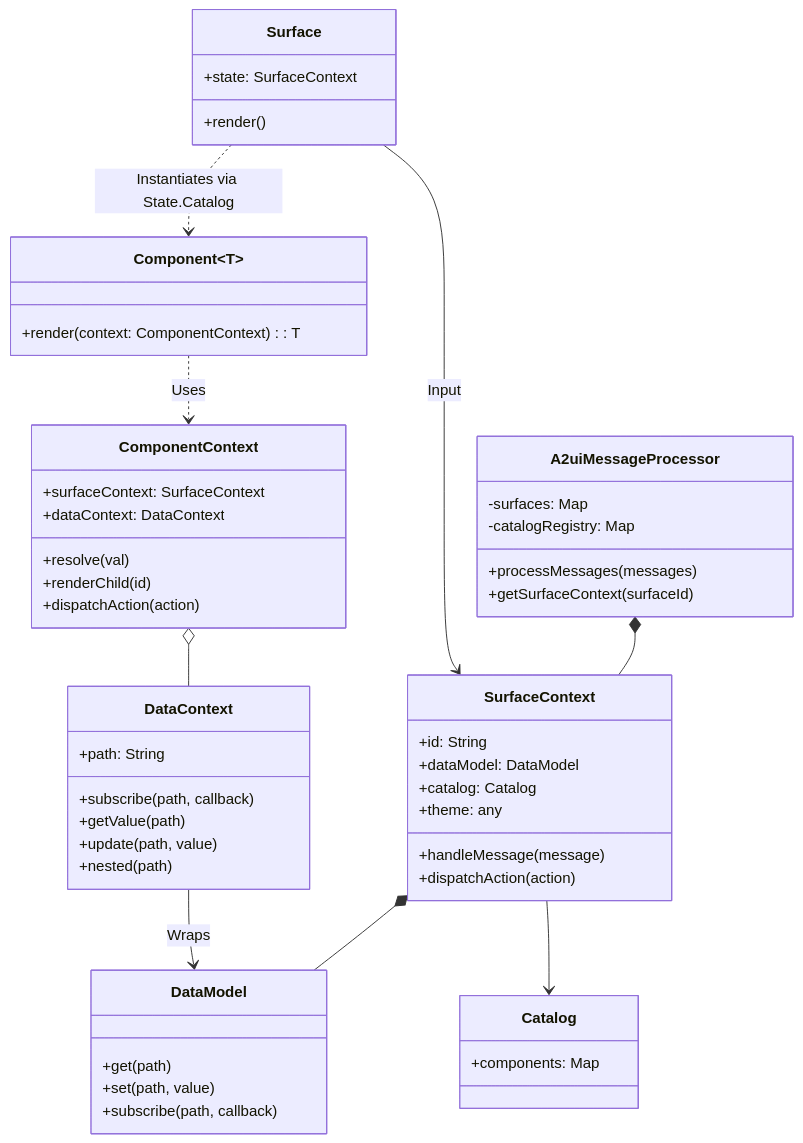
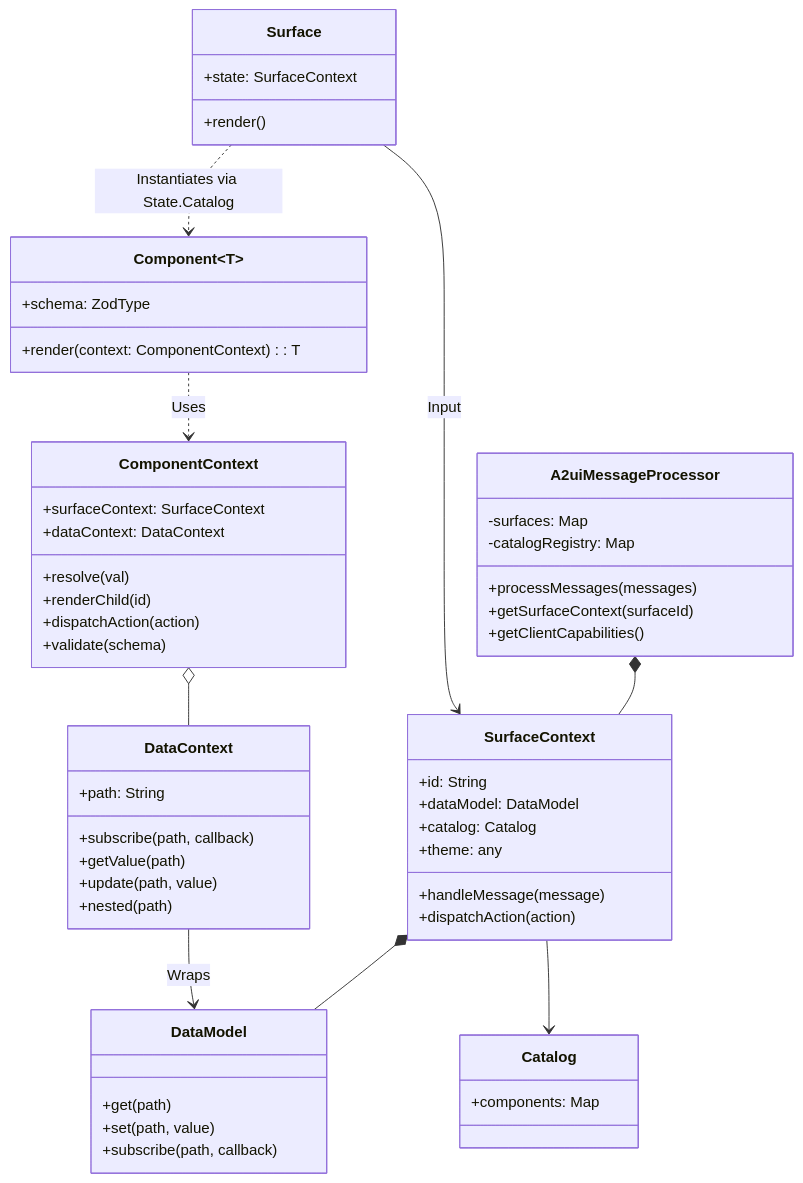
The diagram in specification/v0_9/docs/web_renderers.md (google/A2UI), drawn with Mermaid before and after one commit. The commit also changed other lines of this file and 26 other files, not shown here.

Commit message:
Add schema handling

````diff
--- a/specification/v0_9/docs/web_renderers.md
+++ b/specification/v0_9/docs/web_renderers.md
@@ -56,62 +56,65 @@
 ```mermaid
 classDiagram
     class A2uiMessageProcessor {
         +processMessages(messages)
         +getSurfaceContext(surfaceId)
+        +getClientCapabilities()
         -surfaces: Map<String, SurfaceContext>
         -catalogRegistry: Map<String, Catalog>
     }
 
     class SurfaceContext {
         +id: String
         +dataModel: DataModel
         +catalog: Catalog
         +theme: any
         +handleMessage(message)
         +dispatchAction(action)
     }
 
     class DataModel {
         +get(path)
         +set(path, value)
         +subscribe(path, callback)
     }
 
     class DataContext {
         +path: String
         +subscribe(path, callback)
         +getValue(path)
         +update(path, value)
         +nested(path)
     }
 
     class Surface {
         +state: SurfaceContext
         +render()
     }
 
     class Catalog {
         +components: Map
     }
 
     class Component~T~ {
+        +schema: ZodType
         +render(context: ComponentContext): T
     }
 
     class ComponentContext {
         +surfaceContext: SurfaceContext
         +dataContext: DataContext
         +resolve(val)
         +renderChild(id)
         +dispatchAction(action)
+        +validate(schema)
     }
 
     A2uiMessageProcessor *-- SurfaceContext
     SurfaceContext *-- DataModel
     SurfaceContext --> Catalog
     Surface --> SurfaceContext : Input
     Surface ..> Component : Instantiates via State.Catalog
     Component ..> ComponentContext : Uses
     ComponentContext o-- DataContext
     DataContext --> DataModel : Wraps
 ```
````
